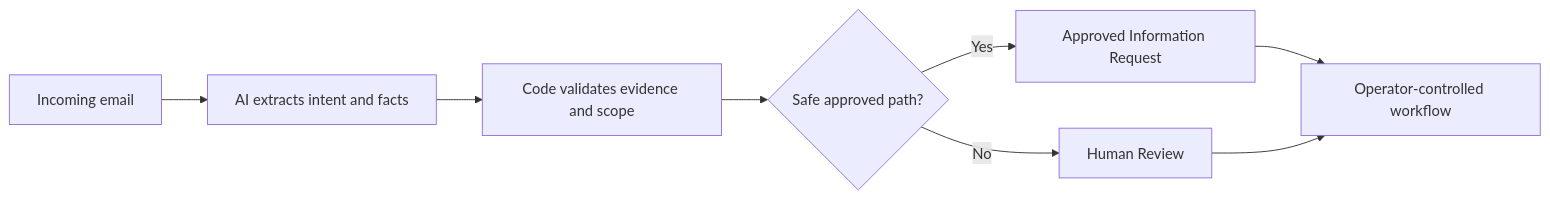
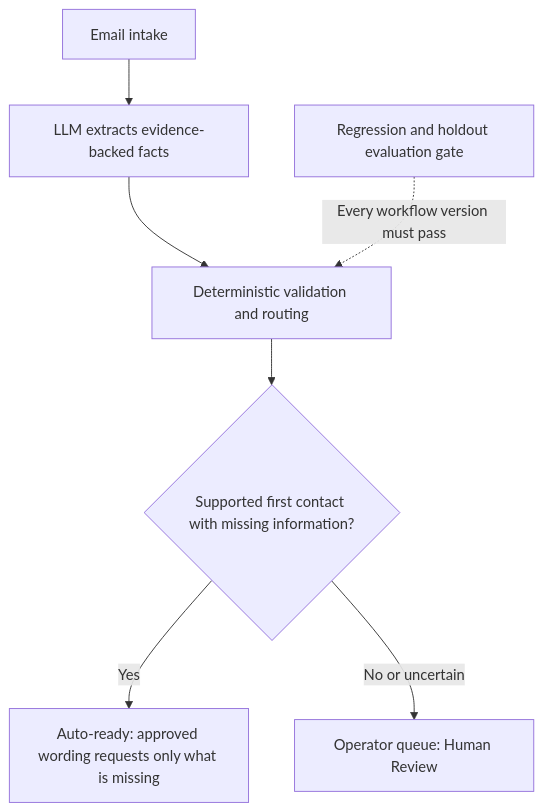
Before and after one commit to mideaborowa/governed-ai-email-workflow: the diagram in README.md, drawn with Mermaid. The commit also changed other lines of this file and 1 other file, not shown here.

First line of the commit message:
Publish the approved README and the verified v1.15 300-case result

````diff
--- a/README.md
+++ b/README.md
@@ -87,10 +66,9 @@
 ```mermaid
-flowchart LR
-    A[Incoming email] --> B[AI extracts intent and facts]
-    B --> C[Code validates evidence and scope]
-    C --> D{Safe approved path?}
-    D -- Yes --> E[Approved Information Request]
-    D -- No --> F[Human Review]
-    E --> G[Operator-controlled workflow]
-    F --> G
+flowchart TD
+    A["Email intake"] --> B["LLM extracts evidence-backed facts"]
+    B --> C["Deterministic validation and routing"]
+    C --> D{"Supported first contact with missing information?"}
+    D -->|Yes| E["Auto-ready: approved wording requests only what is missing"]
+    D -->|No or uncertain| F["Operator queue: Human Review"]
+    G["Regression and holdout evaluation gate"] -.->|Every workflow version must pass| C
 ```
````
